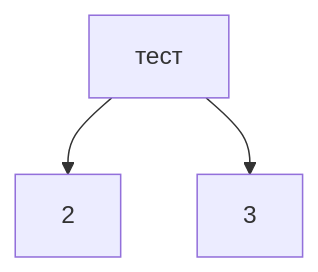
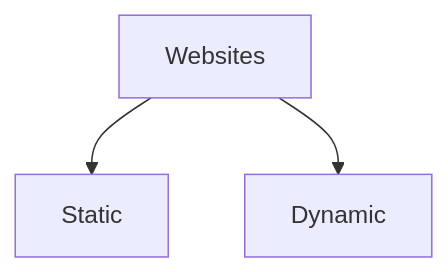
One commit to hiddeqel/hiddeqel.github.io changed the diagram in README.md. Above: the diagram before and after it, drawn with Mermaid.

````diff
--- a/README.md
+++ b/README.md
@@ -2,5 +2,5 @@
 ```mermaid
   graph TD;
-      A[тест]-->B[2];
-      A-->C[3];
+      A[Websites]-->B[Static];
+      A-->C[Dynamic];
 ```
````
